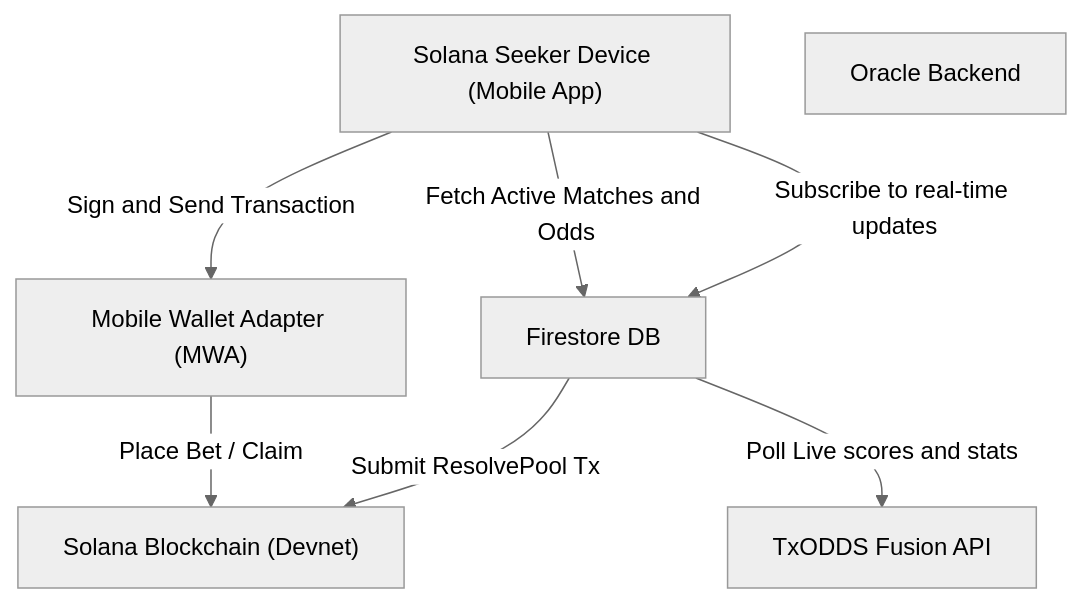
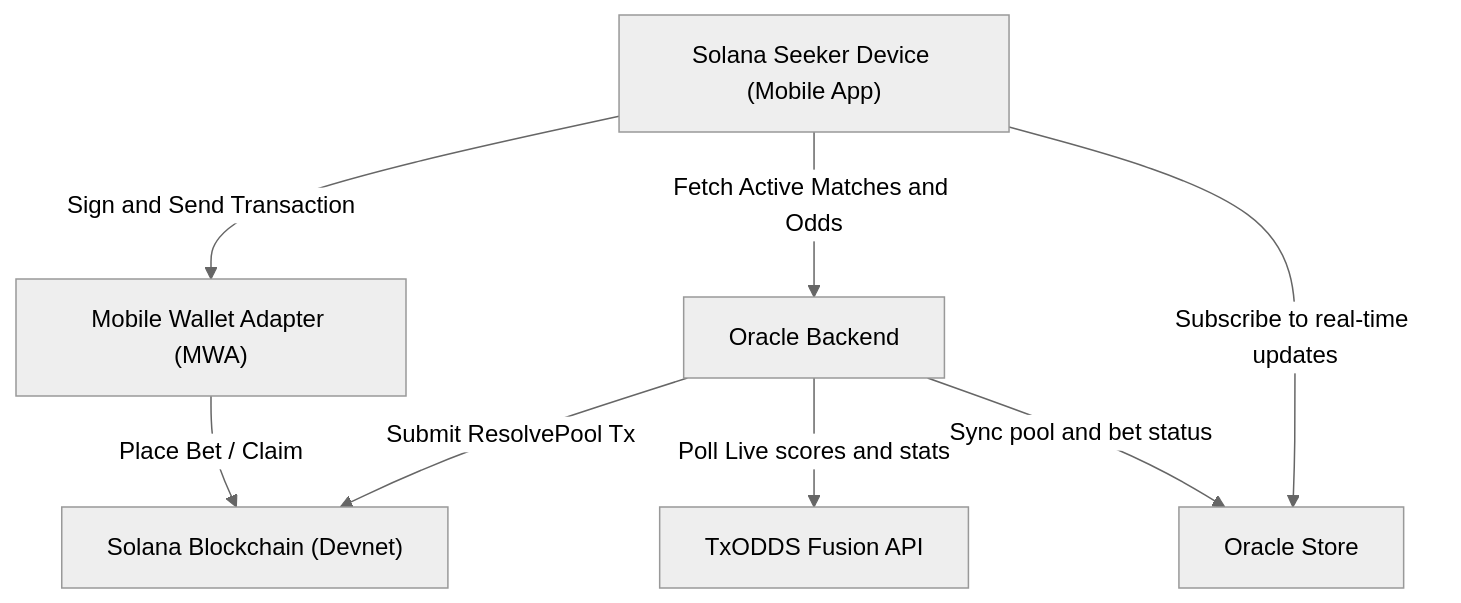
One commit to ANTONINEUTRON/myla changed the diagram in docs/ARCHITECTURE.md. Above: the diagram before and after it, drawn with Mermaid (neutral theme).

Commit message:
added archotecture dpcumentation

````diff
--- a/docs/ARCHITECTURE.md
+++ b/docs/ARCHITECTURE.md
@@ -13,16 +13,17 @@
 ```mermaid
 graph TD
     User["Solana Seeker Device (Mobile App)"]
     MWA["Mobile Wallet Adapter (MWA)"]
     Solana["Solana Blockchain (Devnet)"]
     Oracle["Oracle Backend"]
     TxODDS["TxODDS Fusion API"]
-    OracleStore["Firestore DB"]
+    OracleDB["Oracle Store"]
 
     User -->|Sign and Send Transaction| MWA
     MWA -->|Place Bet / Claim| Solana
-    User -->|Fetch Active Matches and Odds| OracleStore
-    User -->|Subscribe to real-time updates| OracleStore
-    OracleStore -->|Poll Live scores and stats| TxODDS
-    OracleStore -->|Submit ResolvePool Tx| Solana
+    User -->|Fetch Active Matches and Odds| Oracle
+    Oracle -->|Poll Live scores and stats| TxODDS
+    Oracle -->|Sync pool and bet status| OracleDB
+    User -->|Subscribe to real-time updates| OracleDB
+    Oracle -->|Submit ResolvePool Tx| Solana
 ```
````
